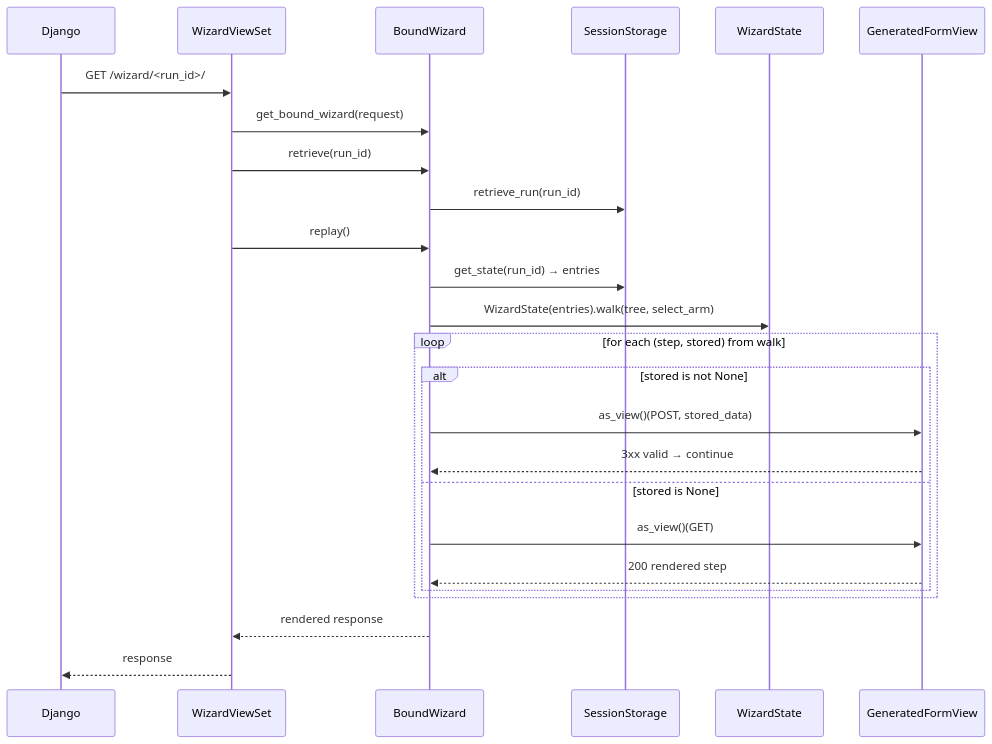
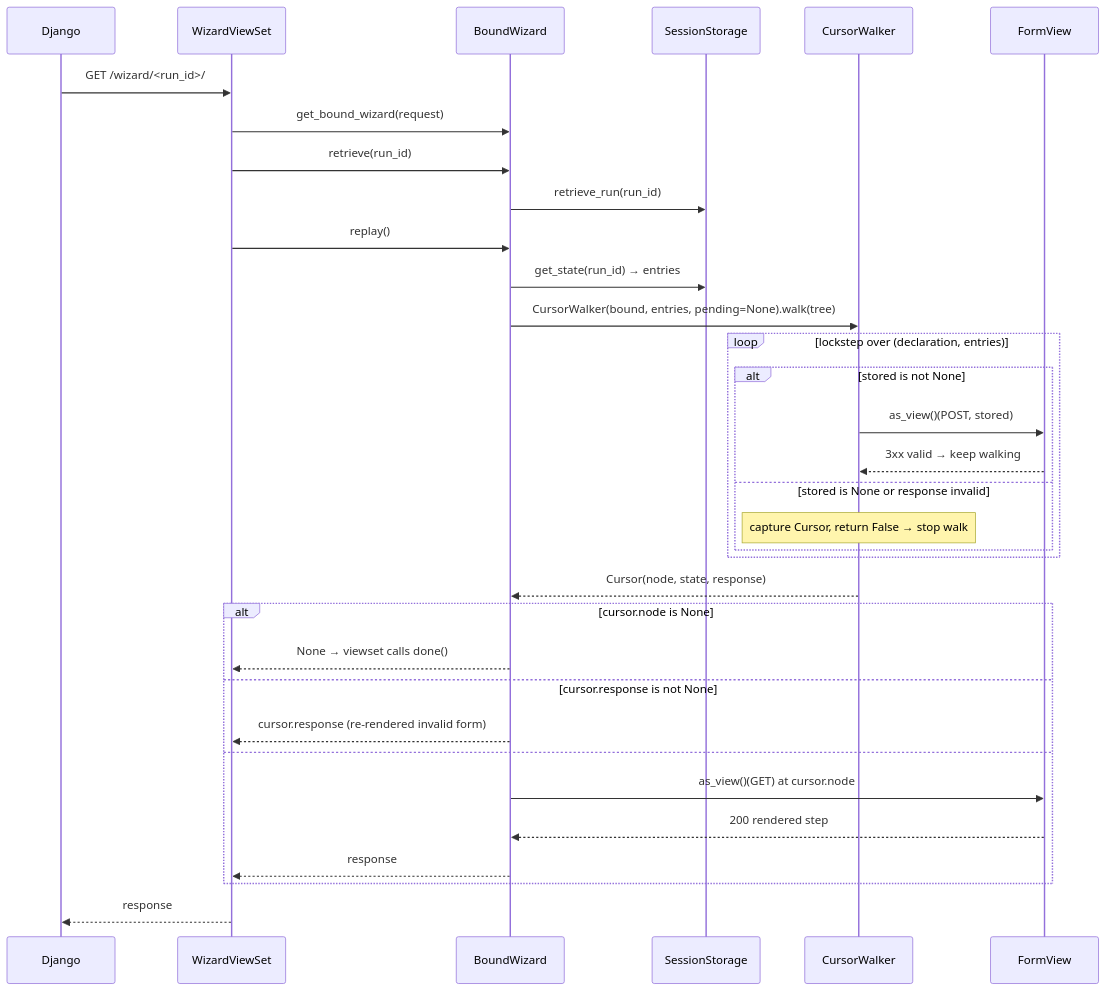
The third of 4 diagrams in ARCHITECTURE.md (kevincarrogan/django-gandalf), drawn with Mermaid before and after one commit. The commit also changed other lines of this file, not shown here.

First line of the commit message:
Update ARCHITECTURE.md to match current runtime

````diff
--- a/ARCHITECTURE.md
+++ b/ARCHITECTURE.md
@@ -91,28 +115,36 @@
 ```mermaid
 sequenceDiagram
     participant Django
     participant WVS as WizardViewSet
     participant BW as BoundWizard
     participant SS as SessionStorage
-    participant WS as WizardState
-    participant FV as GeneratedFormView
+    participant CWK as CursorWalker
+    participant FV as FormView
 
     Django->>WVS: GET /wizard/<run_id>/
     WVS->>BW: get_bound_wizard(request)
     WVS->>BW: retrieve(run_id)
     BW->>SS: retrieve_run(run_id)
     WVS->>BW: replay()
     BW->>SS: get_state(run_id) → entries
-    BW->>WS: WizardState(entries).walk(tree, select_arm)
-    loop for each (step, stored) from walk
+    BW->>CWK: CursorWalker(bound, entries, pending=None).walk(tree)
+    loop lockstep over (declaration, entries)
         alt stored is not None
-            BW->>FV: as_view()(POST, stored_data)
-            FV-->>BW: 3xx valid → continue
-        else stored is None
-            BW->>FV: as_view()(GET)
-            FV-->>BW: 200 rendered step
+            CWK->>FV: as_view()(POST, stored)
+            FV-->>CWK: 3xx valid → keep walking
+        else stored is None or response invalid
+            Note over CWK: capture Cursor, return False → stop walk
         end
     end
-    BW-->>WVS: rendered response
+    CWK-->>BW: Cursor(node, state, response)
+    alt cursor.node is None
+        BW-->>WVS: None → viewset calls done()
+    else cursor.response is not None
+        BW-->>WVS: cursor.response (re-rendered invalid form)
+    else
+        BW->>FV: as_view()(GET) at cursor.node
+        FV-->>BW: 200 rendered step
+        BW-->>WVS: response
+    end
     WVS-->>Django: response
 ```
````
